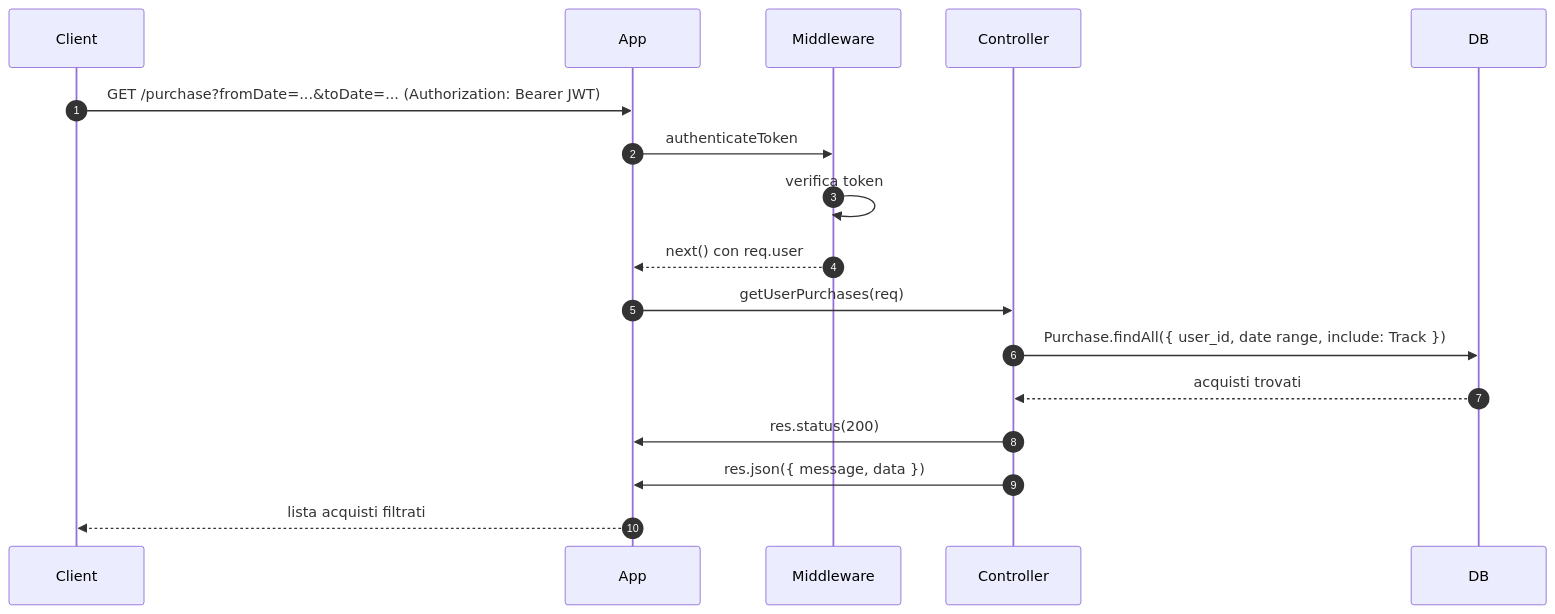
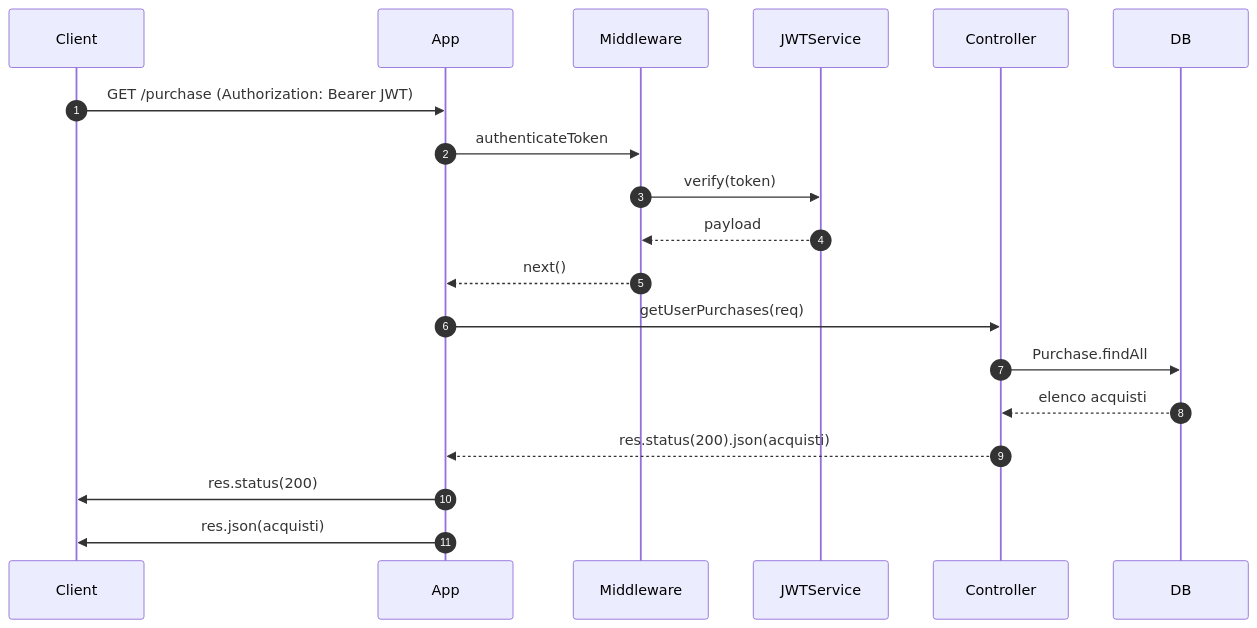
Before and after one commit to Daniel-Diocis/VoidTracksWeb: the eighth of 18 diagrams in README.md, drawn with Mermaid. The commit also changed other lines of this file, not shown here.

````diff
--- a/README.md
+++ b/README.md
@@ -796,20 +801,25 @@
 ```mermaid
 sequenceDiagram
   autonumber
   participant Client
   participant App
   participant Middleware
+  participant JWTService
   participant Controller
   participant DB
 
-  Client->>App: GET /purchase?fromDate=...&toDate=... (Authorization: Bearer JWT)
+  Client->>App: GET /purchase (Authorization: Bearer JWT)
+
   App->>Middleware: authenticateToken
-  Middleware->>Middleware: verifica token
-  Middleware-->>App: next() con req.user
+  Middleware->>JWTService: verify(token)
+  JWTService-->>Middleware: payload
+  Middleware-->>App: next()
+
   App->>Controller: getUserPurchases(req)
-  Controller->>DB: Purchase.findAll({ user_id, date range, include: Track })
-  DB-->>Controller: acquisti trovati
-  Controller->>App: res.status(200)
-  Controller->>App: res.json({ message, data })
-  App-->>Client: lista acquisti filtrati
+  Controller->>DB: Purchase.findAll
+  DB-->>Controller: elenco acquisti
+  Controller-->>App: res.status(200).json(acquisti)
+
+  App->>Client: res.status(200)
+  App->>Client: res.json(acquisti)
 ```
````
